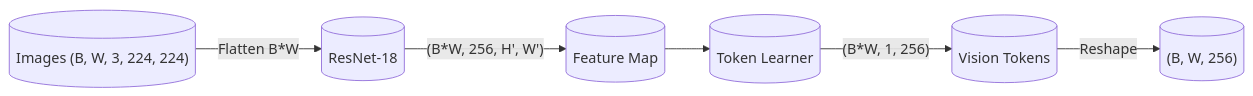
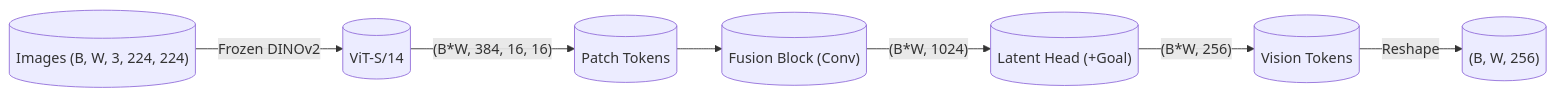
One commit to Thoooomas14/Axis changed the second of 2 diagrams in docs/model_architecture_vis.md. Above: the diagram before and after it, drawn with Mermaid. The commit also changed other lines of this file and 7 other files, not shown here.

````diff
--- a/docs/model_architecture_vis.md
+++ b/docs/model_architecture_vis.md
@@ -97,8 +98,9 @@
 ```mermaid
 graph LR
-    I[("Images (B, W, 3, 224, 224)")] -->|Flatten B*W| VE[("ResNet-18")]
-    VE -->|"(B*W, 256, H', W')"| FM[("Feature Map")]
-    FM --> TL[("Token Learner")]
-    TL -->|"(B*W, 1, 256)"| T[("Vision Tokens")]
+    I[("Images (B, W, 3, 224, 224)")] -->|Frozen DINOv2| VE[("ViT-S/14")]
+    VE -->|"(B*W, 384, 16, 16)"| FM[("Patch Tokens")]
+    FM --> FB[("Fusion Block (Conv)")]
+    FB -->|"(B*W, 1024)"| LAT[("Latent Head (+Goal)")]
+    LAT -->|"(B*W, 256)"| T[("Vision Tokens")]
     T -->|Reshape| OUT[("(B, W, 256)")]
 ```
````
